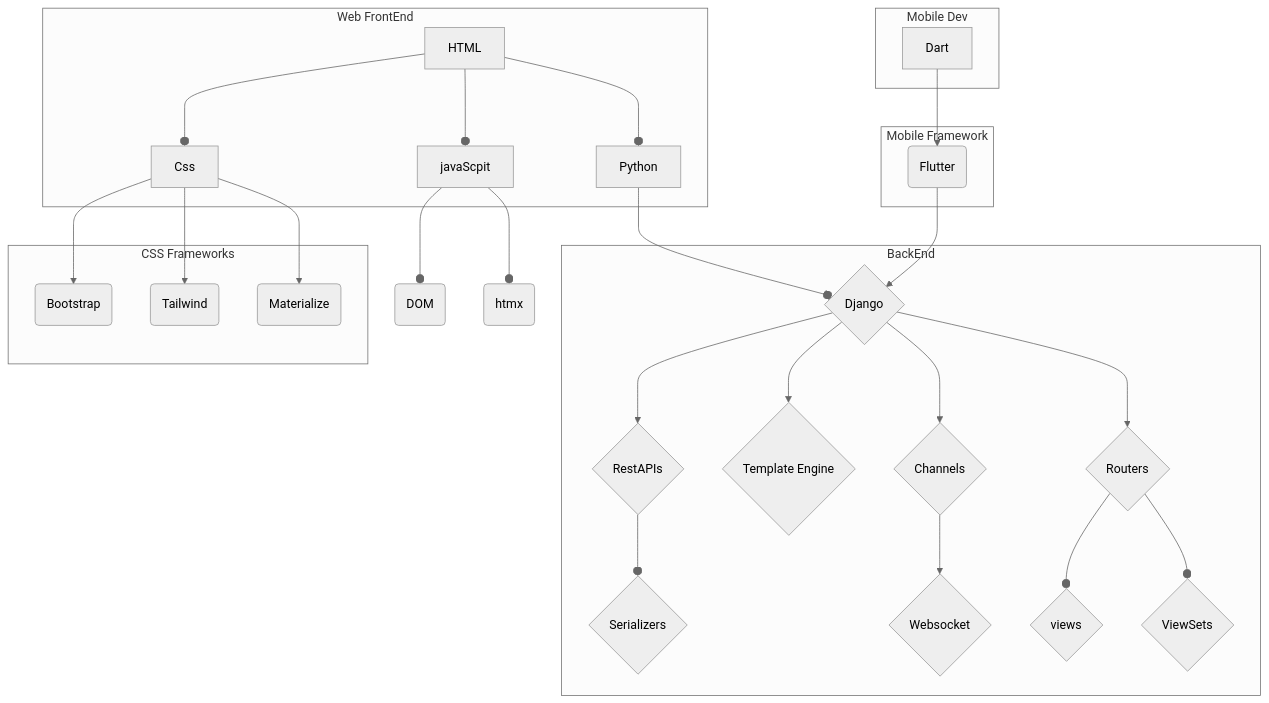
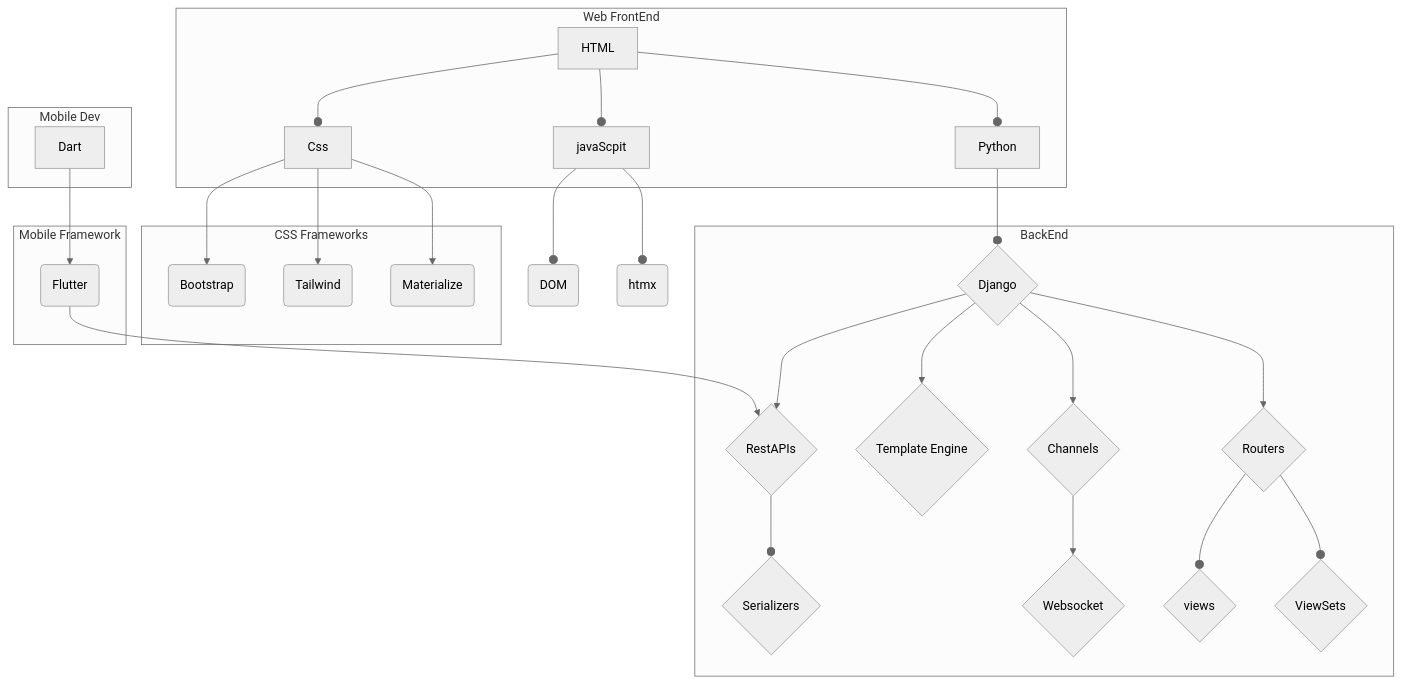
Before and after one commit to ByteRaider/ByteRaider: the diagram in README.md, drawn with Mermaid (neutral theme). The commit also changed other lines of this file, not shown here.

````diff
--- a/README.md
+++ b/README.md
@@ -48,78 +47,78 @@
 ```mermaid
  flowchart 
 f1[HTML]
 f2[Css]
 f3[javaScpit]
 f4[Python]
 f5[Dart]
 
 fw1(DOM)
 fw2(htmx)
 
 fw3(Bootstrap)
 fw4(Tailwind)
 fw5(Materialize)
 fw6(Flutter)
 b1{Django}
 b2{RestAPIs}
 b3{Serializers}
 b4{Channels}
 b5{Routers}
 b6{views}
 b7{ViewSets}
 b8{Template Engine}
 b9{Websocket}
  
 subgraph  BackEnd
 b1
 b2
 b3
 b4
 b5
 b6
 b7
 b8
 b9
  end  
  
 subgraph Mobile Framework
 fw6
 end
 
 subgraph CSS Frameworks 
 fw3
 fw4
 fw5
  end
   
 subgraph  Web FrontEnd 
  f1
  f2
  f3
  f4
  end
  
 subgraph Mobile Dev
  f5
   end
 
  f1 --o f2
  f1 --o f3
  f1 --o f4
  f2 --> fw3
  f2 --> fw4
  f2 --> fw5
- fw6 --> b1
+ fw6 --> b2
  f3 --o fw1
  f3 --o fw2
  f4 --o b1
  f5 --> fw6
  b1 --> b2
  b1 --> b8
  b2 --o b3
  b1 --> b4
  b4 --> b9
  b1 --> b5
  b5 --o b6
  b5 --o b7
  ```
````
